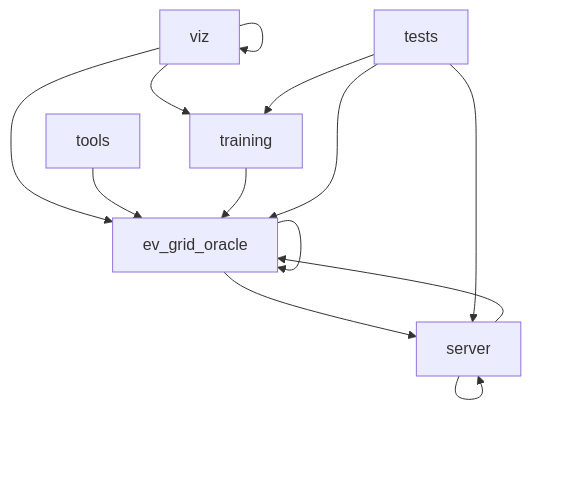
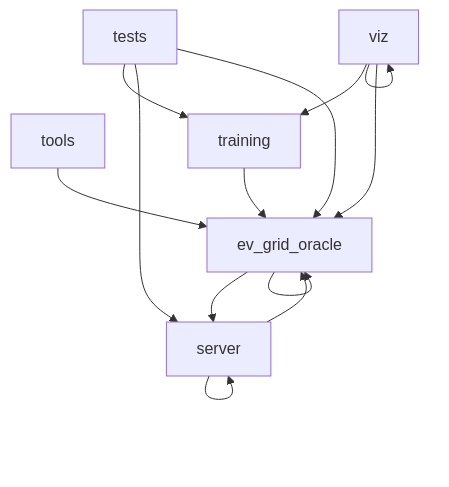
One commit to NITISH-R-G/ev-grid-oracle changed the diagram in artifacts/architecture_graph.md. Above: the diagram before and after it, drawn with Mermaid. The commit also changed other lines of this file and 88 other files, not shown here.

````diff
--- a/artifacts/architecture_graph.md
+++ b/artifacts/architecture_graph.md
@@ -3,15 +3,15 @@
 ```mermaid
 graph TD
-    viz --> training
-    viz --> viz
-    viz --> ev_grid_oracle
+    tools --> ev_grid_oracle
+    training --> ev_grid_oracle
     server --> server
     server --> ev_grid_oracle
+    tests --> training
+    tests --> server
+    tests --> ev_grid_oracle
     ev_grid_oracle --> server
     ev_grid_oracle --> ev_grid_oracle
-    tools --> ev_grid_oracle
-    training --> ev_grid_oracle
-    tests --> server
-    tests --> training
-    tests --> ev_grid_oracle
+    viz --> training
+    viz --> ev_grid_oracle
+    viz --> viz
 ```
````
